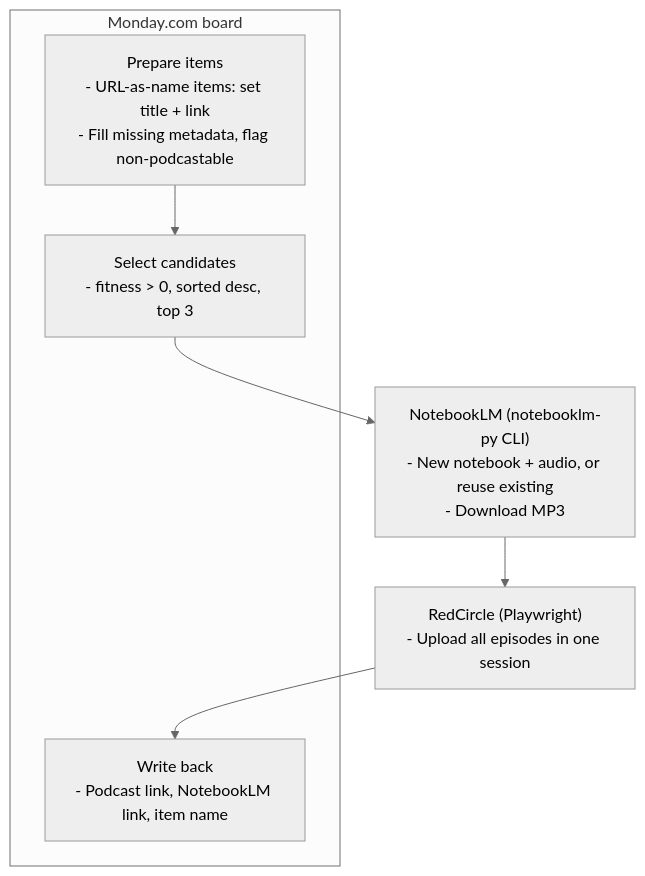
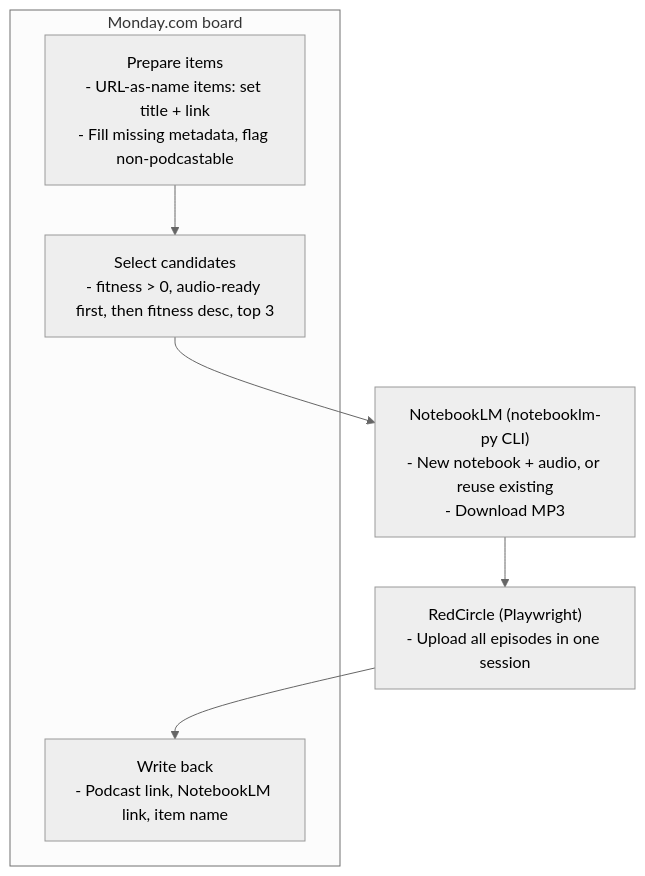
Before and after one commit to omril321/automated-notebooklm: the diagram in README.md, drawn with Mermaid (neutral theme). The commit also changed other lines of this file and 3 other files, not shown here.

First line of the commit message:
Prioritize audio-ready candidates when selecting the daily batch

````diff
--- a/README.md
+++ b/README.md
@@ -9,13 +9,13 @@
 ```mermaid
 flowchart TD
   subgraph Monday["Monday.com board"]
     M1["Prepare items<br/>- URL-as-name items: set title + link<br/>- Fill missing metadata, flag non-podcastable"]
-    M2["Select candidates<br/>- fitness > 0, sorted desc, top 3"]
+    M2["Select candidates<br/>- fitness > 0, audio-ready first, then fitness desc, top 3"]
     M5["Write back<br/>- Podcast link, NotebookLM link, item name"]
     M1 --> M2
   end
 
   M2 --> N["NotebookLM (notebooklm-py CLI)<br/>- New notebook + audio, or reuse existing<br/>- Download MP3"]
   N --> R["RedCircle (Playwright)<br/>- Upload all episodes in one session"]
   R --> M5
 ```
````
